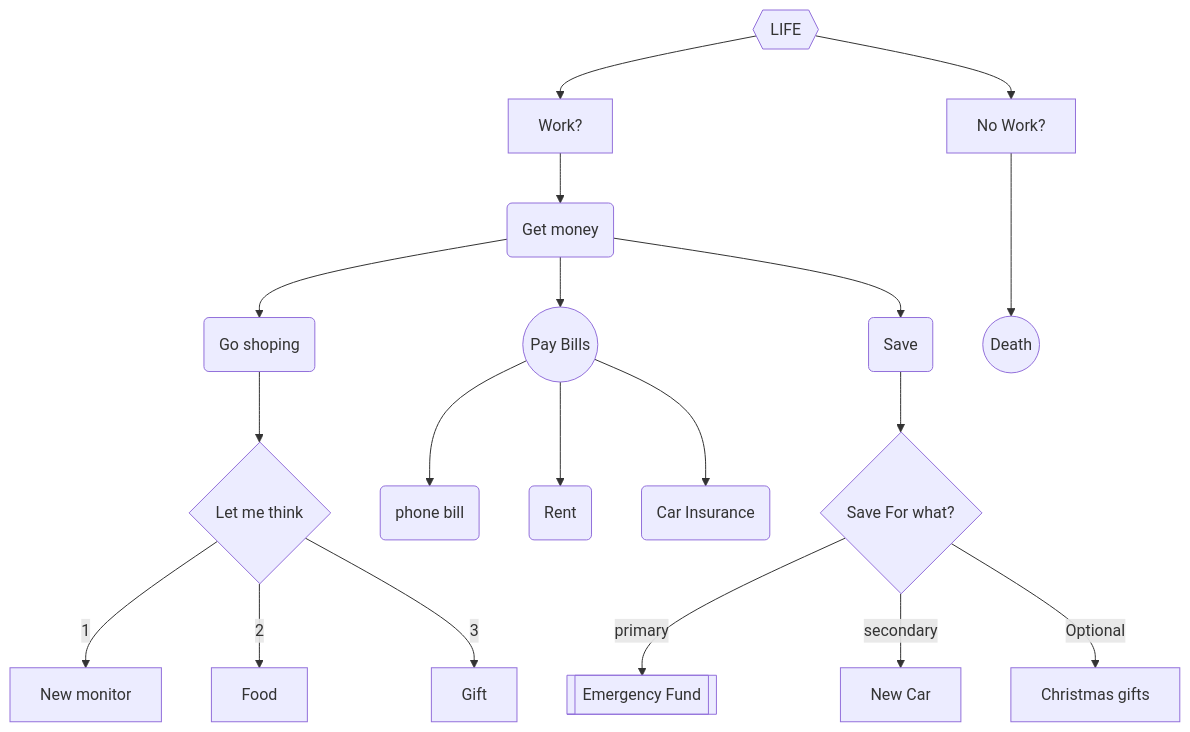
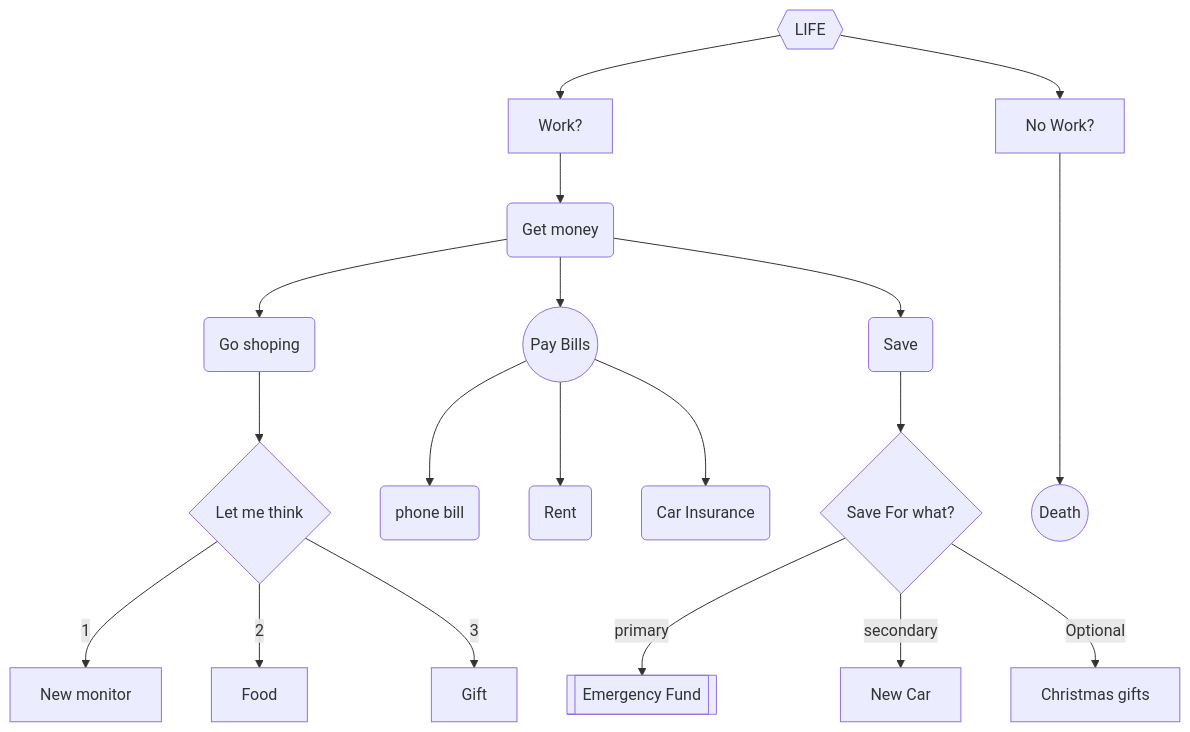
The diagram in Diagram.md (Epperezmoreno/epperezmoreno.github.io), drawn with Mermaid before and after one commit.

Commit message:
Update Diagram.md
removed extra spacing and added another arrow - as previous - added more spacing to the chart

````diff
--- a/Diagram.md
+++ b/Diagram.md
@@ -1,30 +1,30 @@
 ```mermaid
 flowchart TD 
 AA{{LIFE}} -->A[Work?] -->B(Get money)
 B --> C(Go shoping)
 B --> D((Pay Bills))
 B --> E(Save)
 C --> F{Let me think}
 F -->|1| G[New monitor]
 F -->|2| H[Food]
 F -->|3| I[Gift]
 
 D --> J(phone bill)
 D --> K(Rent)
 D --> M(Car Insurance)
 
 E --> N{Save For what?}
 N --> |primary| O[[Emergency Fund]]
 N --> |secondary| P[New Car]
 N --> |Optional| Q[Christmas gifts]
 
 
 
 
 
 
 
 AA -->X[No Work?]
-X --->L((Death))
+X ---->L((Death))
 
 ```
````
